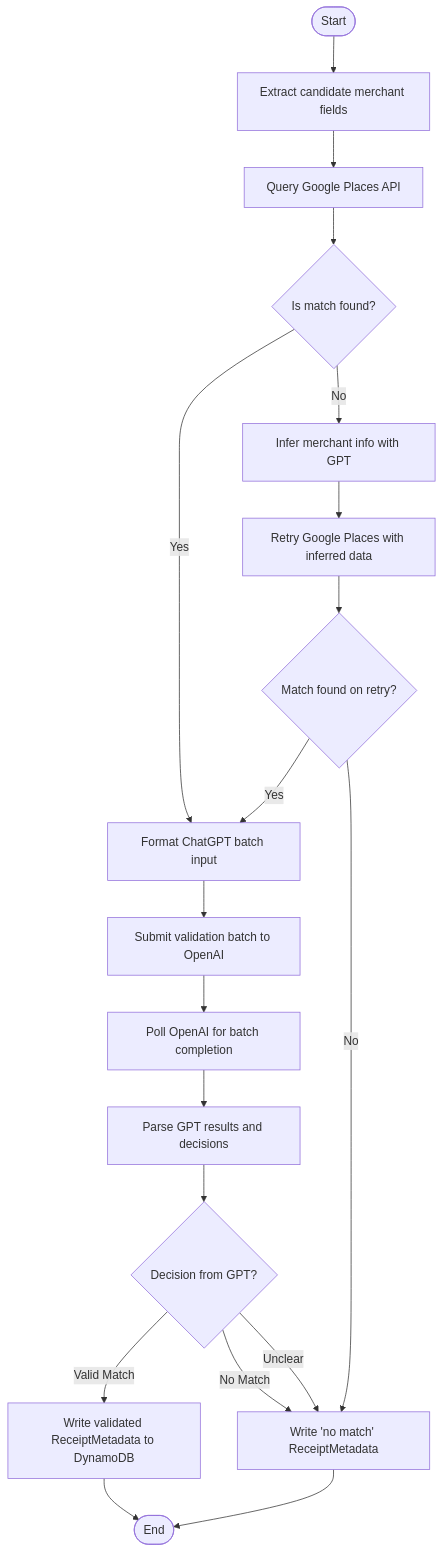
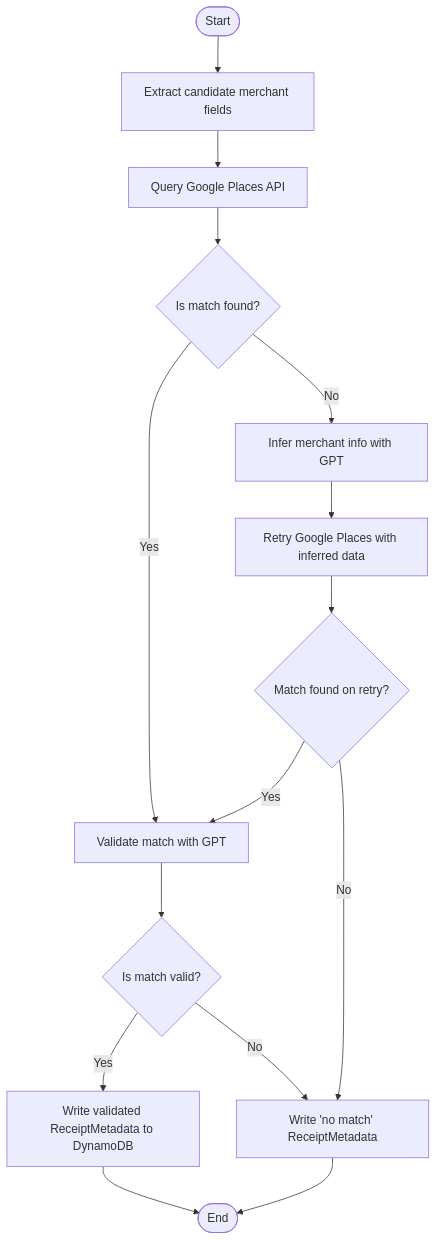
One commit to tnorlund/Portfolio changed the diagram in receipt_label/receipt_label/merchant_validation/README.md. Above: the diagram before and after it, drawn with Mermaid.

Commit message:
🧹 Removed batching

````diff
--- a/receipt_label/receipt_label/merchant_validation/README.md
+++ b/receipt_label/receipt_label/merchant_validation/README.md
@@ -37,25 +37,20 @@
 ```mermaid
 flowchart TD
     Start([Start]) --> ExtractReceiptFields["Extract candidate merchant fields"]
     ExtractReceiptFields --> SearchGooglePlaces["Query Google Places API"]
     SearchGooglePlaces --> IsMatchFound{"Is match found?"}
 
-    IsMatchFound -- Yes --> PrepareValidationBatch["Format ChatGPT batch input"]
+    IsMatchFound -- Yes --> ValidateWithGPT["Validate match with GPT"]
     IsMatchFound -- No --> InferWithGPT["Infer merchant info with GPT"]
     InferWithGPT --> RetryGoogleSearch["Retry Google Places with inferred data"]
     RetryGoogleSearch --> IsRetryMatchFound{"Match found on retry?"}
-    IsRetryMatchFound -- Yes --> PrepareValidationBatch
+    IsRetryMatchFound -- Yes --> ValidateWithGPT
     IsRetryMatchFound -- No --> WriteNoResultMetadata["Write 'no match' ReceiptMetadata"]
 
-    PrepareValidationBatch --> SubmitBatch["Submit validation batch to OpenAI"]
-    SubmitBatch --> PollBatchStatus["Poll OpenAI for batch completion"]
-    PollBatchStatus --> ParseBatchResults["Parse GPT results and decisions"]
-
-    ParseBatchResults --> DecisionPoint{"Decision from GPT?"}
-    DecisionPoint -- Valid Match --> WriteMetadata["Write validated ReceiptMetadata to DynamoDB"]
-    DecisionPoint -- No Match --> WriteNoResultMetadata
-    DecisionPoint -- Unclear --> WriteNoResultMetadata
+    ValidateWithGPT --> IsValid{"Is match valid?"}
+    IsValid -- Yes --> WriteMetadata["Write validated ReceiptMetadata to DynamoDB"]
+    IsValid -- No --> WriteNoResultMetadata
 
     WriteNoResultMetadata --> End([End])
     WriteMetadata --> End([End])
 ```
````
